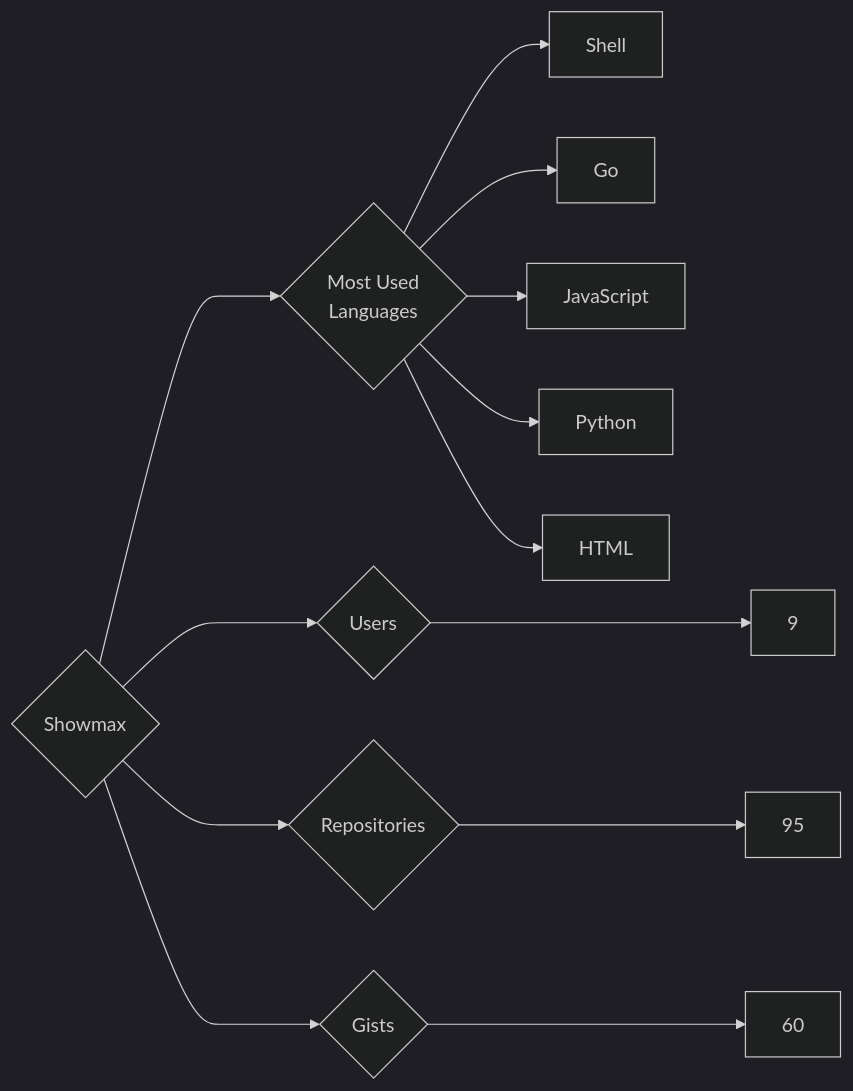
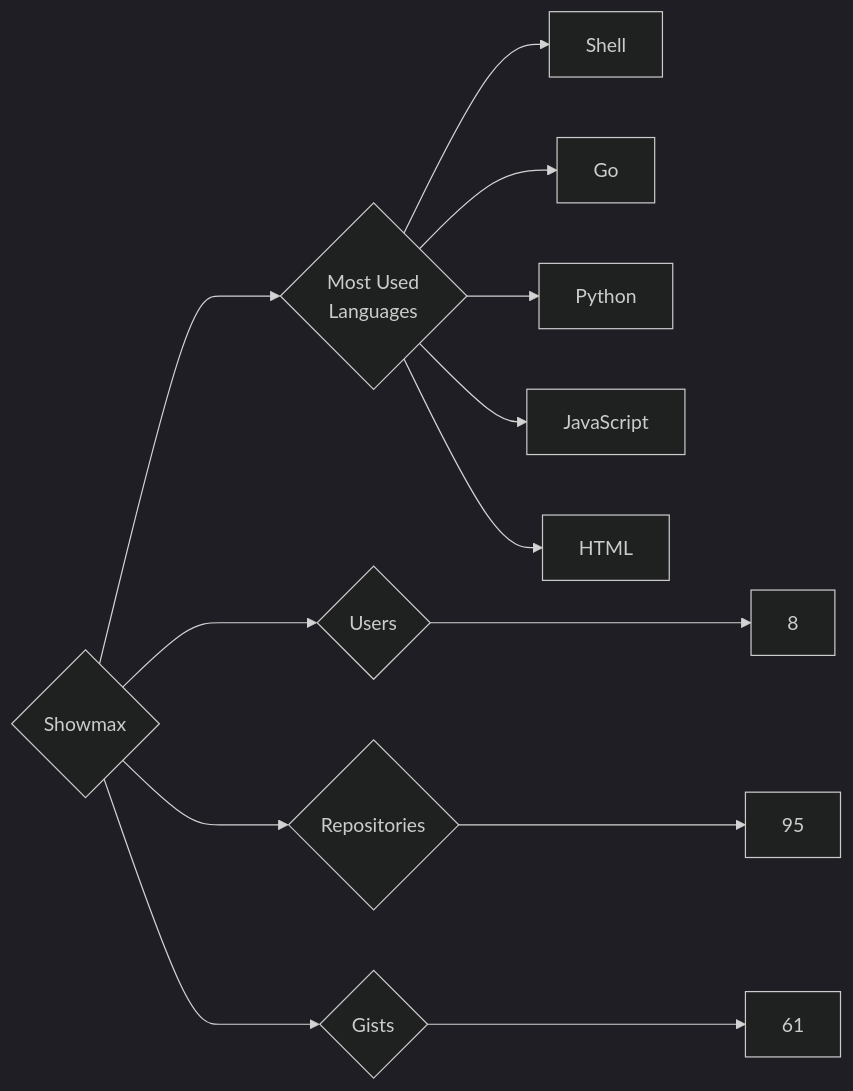
Before and after one commit to trickest/insiders: the diagram in targets/Showmax/README.md, drawn with Mermaid (dark theme). The commit also changed 940 other files, not shown here.

````diff
--- a/targets/Showmax/README.md
+++ b/targets/Showmax/README.md
@@ -3,13 +3,13 @@
 ```mermaid
 graph LR
 COMPANY_NAME{Showmax}
-COMPANY_NAME ---> U{Users} ---> UN[9]
+COMPANY_NAME ---> U{Users} ---> UN[8]
 COMPANY_NAME ---> R{Repositories} ---> RN[95]
-COMPANY_NAME ---> G{Gists} ---> GN[60]
+COMPANY_NAME ---> G{Gists} ---> GN[61]
 COMPANY_NAME ---> ML{Most Used<br>Languages}
 ML --> Shell[Shell]
 ML --> Go[Go]
+ML --> Python[Python]
 ML --> JavaScript[JavaScript]
-ML --> Python[Python]
 ML --> HTML[HTML]
 ```
````
